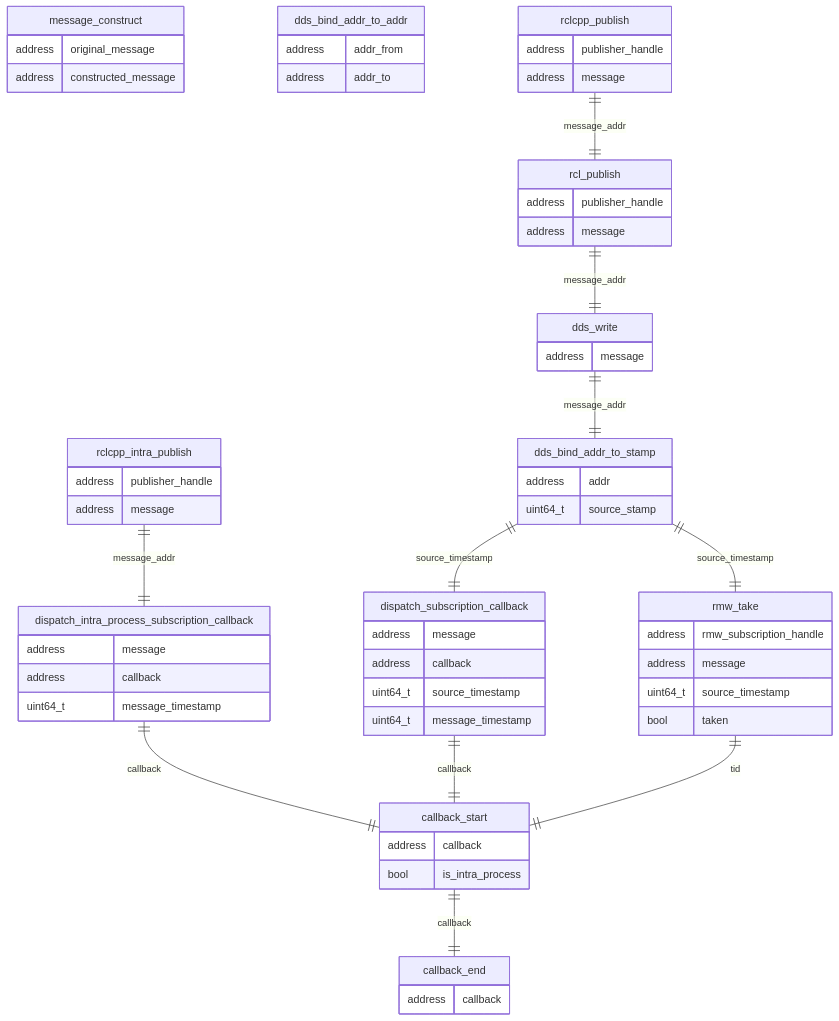
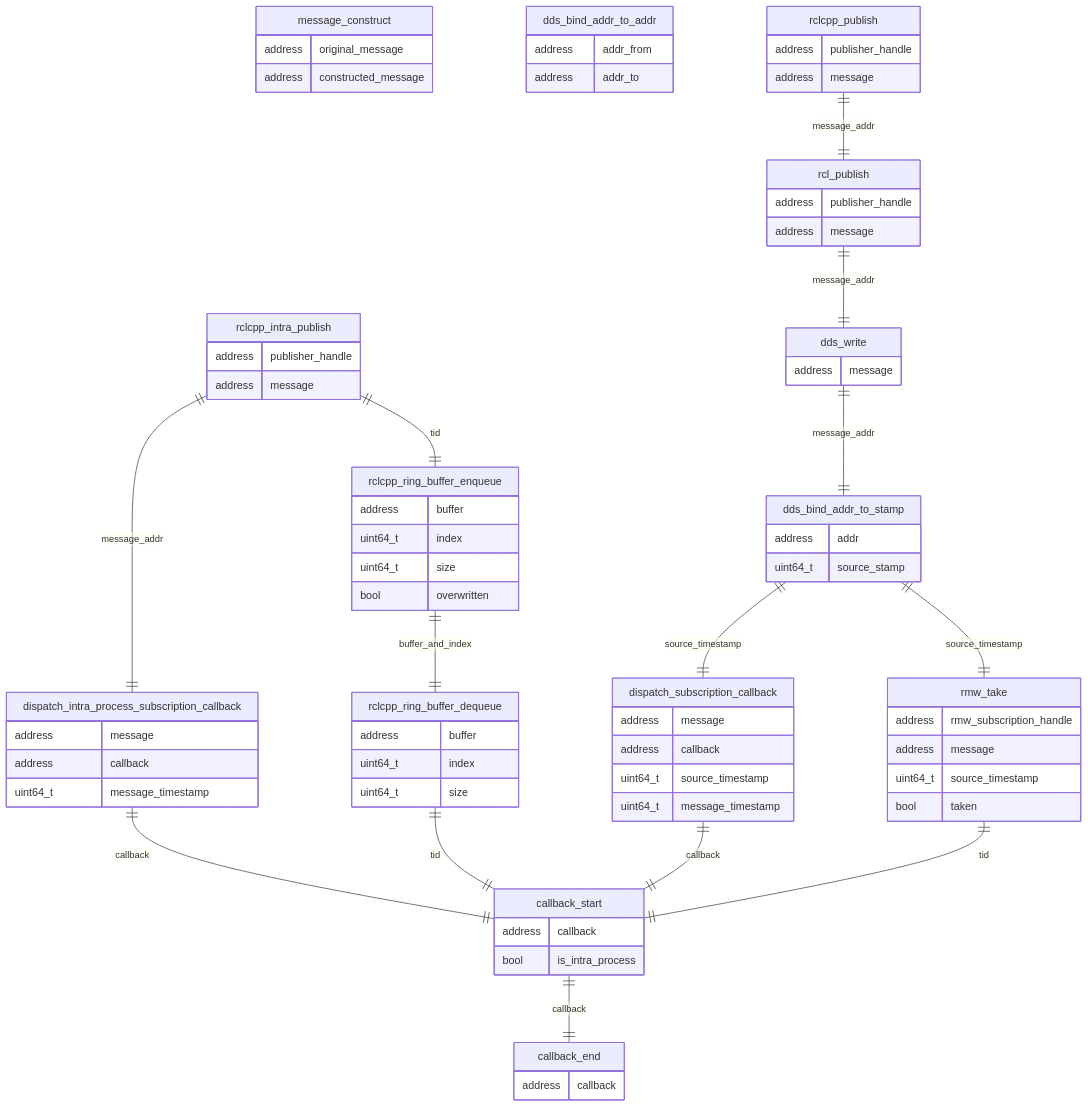
Before and after one commit to tier4/caret_doc: the diagram in docs/design/trace_points/runtime_trace_points.md, drawn with Mermaid. The commit also changed other lines of this file and 5 other files, not shown here.

````diff
--- a/docs/design/trace_points/runtime_trace_points.md
+++ b/docs/design/trace_points/runtime_trace_points.md
@@ -66,6 +66,19 @@
  uint64_t source_stamp
  }
 
+ rclcpp_ring_buffer_enqueue{
+ address buffer
+ uint64_t index
+ uint64_t size
+ bool overwritten
+ }
+
+ rclcpp_ring_buffer_dequeue{
+ address buffer
+ uint64_t index
+ uint64_t size
+ }
+
     rclcpp_intra_publish ||--|| dispatch_intra_process_subscription_callback: message_addr
     rclcpp_publish ||--|| rcl_publish: message_addr
     rcl_publish ||--|| dds_write: message_addr
@@ -77,7 +90,9 @@
     rmw_take ||--|| callback_start: tid
     dispatch_intra_process_subscription_callback ||--|| callback_start: callback
     dispatch_subscription_callback ||--|| callback_start: callback
-
+    rclcpp_intra_publish ||--|| rclcpp_ring_buffer_enqueue: tid
+    rclcpp_ring_buffer_enqueue ||--|| rclcpp_ring_buffer_dequeue: buffer_and_index
+    rclcpp_ring_buffer_dequeue ||--|| callback_start: tid
     callback_start ||--|| callback_end: callback
 
 ```
````
